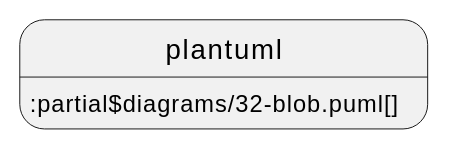
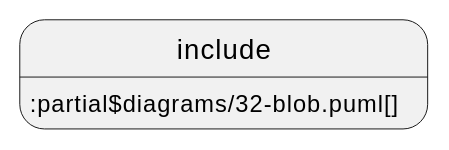
The fifth of 18 diagrams in documentation/IDTA-01001/modules/ROOT/pages/spec-metamodel/submodel-elements.adoc (acplt/aas-specs), drawn with PlantUML before and after one commit. The commit also changed other lines of this file and 14 other files, not shown here.

First line of the commit message:
Revert "Use plantuml instead of include and test ./"

```diff
--- a/documentation/IDTA-01001/modules/ROOT/pages/spec-metamodel/submodel-elements.adoc
+++ b/documentation/IDTA-01001/modules/ROOT/pages/spec-metamodel/submodel-elements.adoc
@@ -266,4 +266,4 @@
 [plantuml, 32-blob, svg]
 ....
-plantuml::partial$diagrams/32-blob.puml[]
+include::partial$diagrams/32-blob.puml[]
 ....
```
